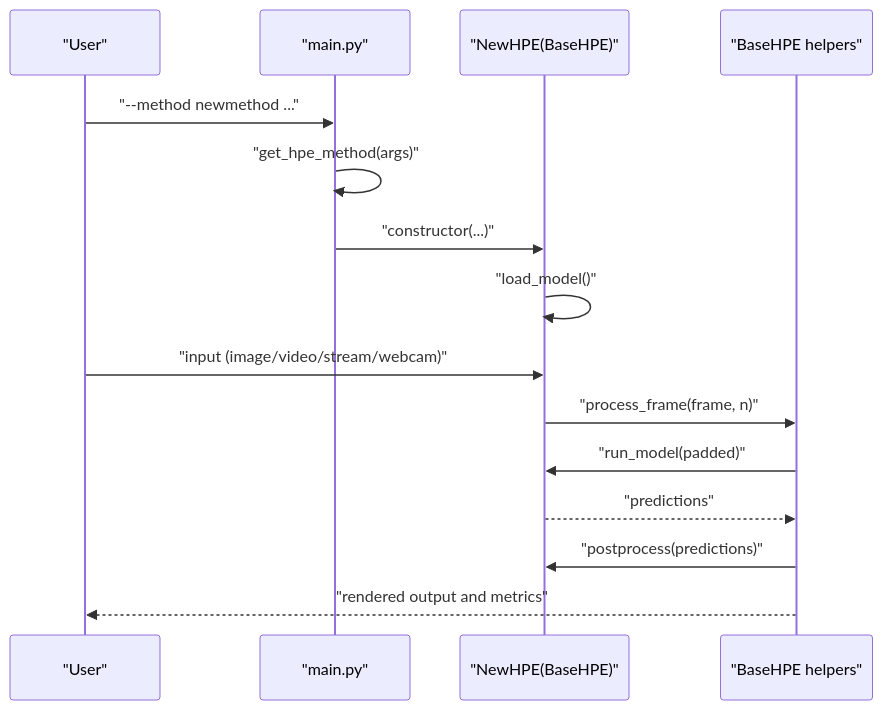
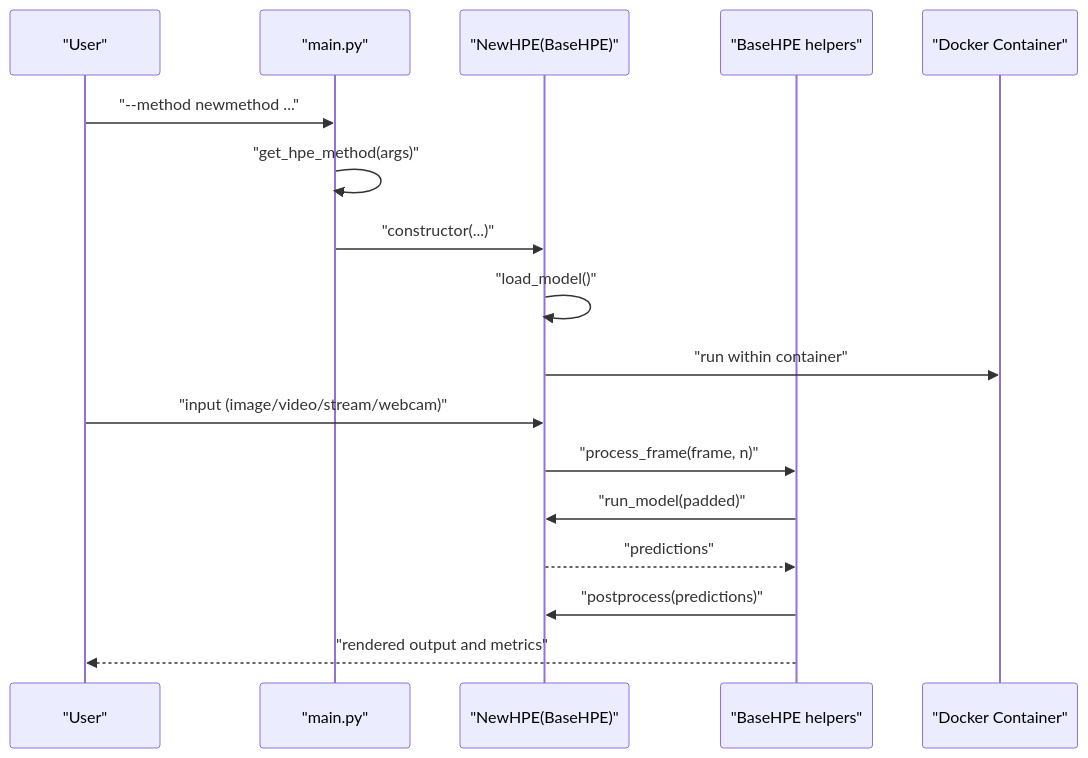
Before and after one commit to Fogus-Gr/MeasurementsDTs: the fourth of 4 diagrams in .qoder/repowiki/en/content/Contributing Guidelines.md, drawn with Mermaid. The commit also changed other lines of this file and 8 other files, not shown here.

````diff
--- a/.qoder/repowiki/en/content/Contributing Guidelines.md
+++ b/.qoder/repowiki/en/content/Contributing Guidelines.md
@@ -239,17 +299,19 @@
 ```mermaid
 sequenceDiagram
 participant User as "User"
 participant Main as "main.py"
 participant HPE as "NewHPE(BaseHPE)"
 participant Utils as "BaseHPE helpers"
+participant Docker as "Docker Container"
 User->>Main : "--method newmethod ..."
 Main->>Main : "get_hpe_method(args)"
 Main->>HPE : "constructor(...)"
 HPE->>HPE : "load_model()"
+HPE->>Docker : "run within container"
 User->>HPE : "input (image/video/stream/webcam)"
 HPE->>Utils : "process_frame(frame, n)"
 Utils->>HPE : "run_model(padded)"
 HPE-->>Utils : "predictions"
 Utils->>HPE : "postprocess(predictions)"
 Utils-->>User : "rendered output and metrics"
 ```
````
